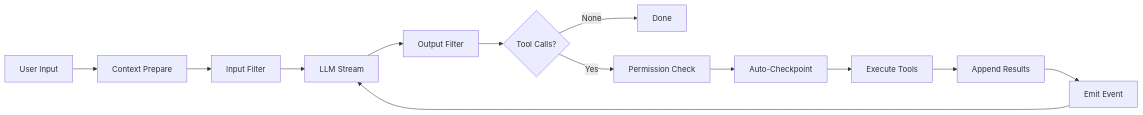
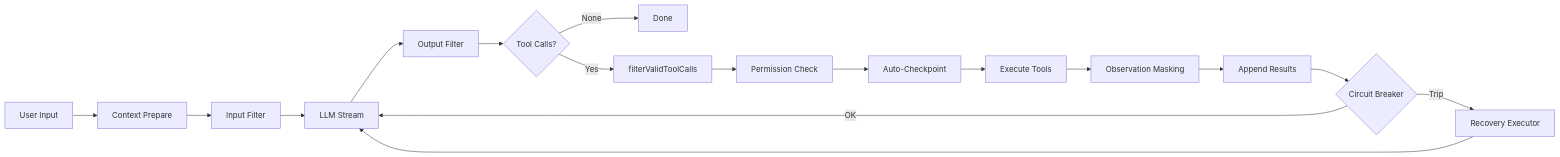
One commit to bigbulgogiburger/DHelix-Code changed the diagram in .claude/docs/reference/architecture-deep.md. Above: the diagram before and after it, drawn with Mermaid. The commit also changed other lines of this file and 6 other files, not shown here.

First line of the commit message:
docs: CLAUDE.md 아키텍처 다이어그램 + 참조 문서 6개 Sprint 6 반영

````diff
--- a/.claude/docs/reference/architecture-deep.md
+++ b/.claude/docs/reference/architecture-deep.md
@@ -7,15 +7,19 @@
 ```mermaid
 graph LR
     A[User Input] --> B[Context Prepare]
     B --> C[Input Filter]
     C --> D[LLM Stream]
     D --> E[Output Filter]
     E --> F{Tool Calls?}
     F -->|None| G[Done]
-    F -->|Yes| H[Permission Check]
+    F -->|Yes| FV[filterValidToolCalls]
+    FV --> H[Permission Check]
     H --> I[Auto-Checkpoint]
     I --> J[Execute Tools]
-    J --> K[Append Results]
-    K --> L[Emit Event]
-    L --> D
+    J --> K[Observation Masking]
+    K --> L[Append Results]
+    L --> CB{Circuit Breaker}
+    CB -->|OK| D
+    CB -->|Trip| REC[Recovery Executor]
+    REC --> D
 ```
````
